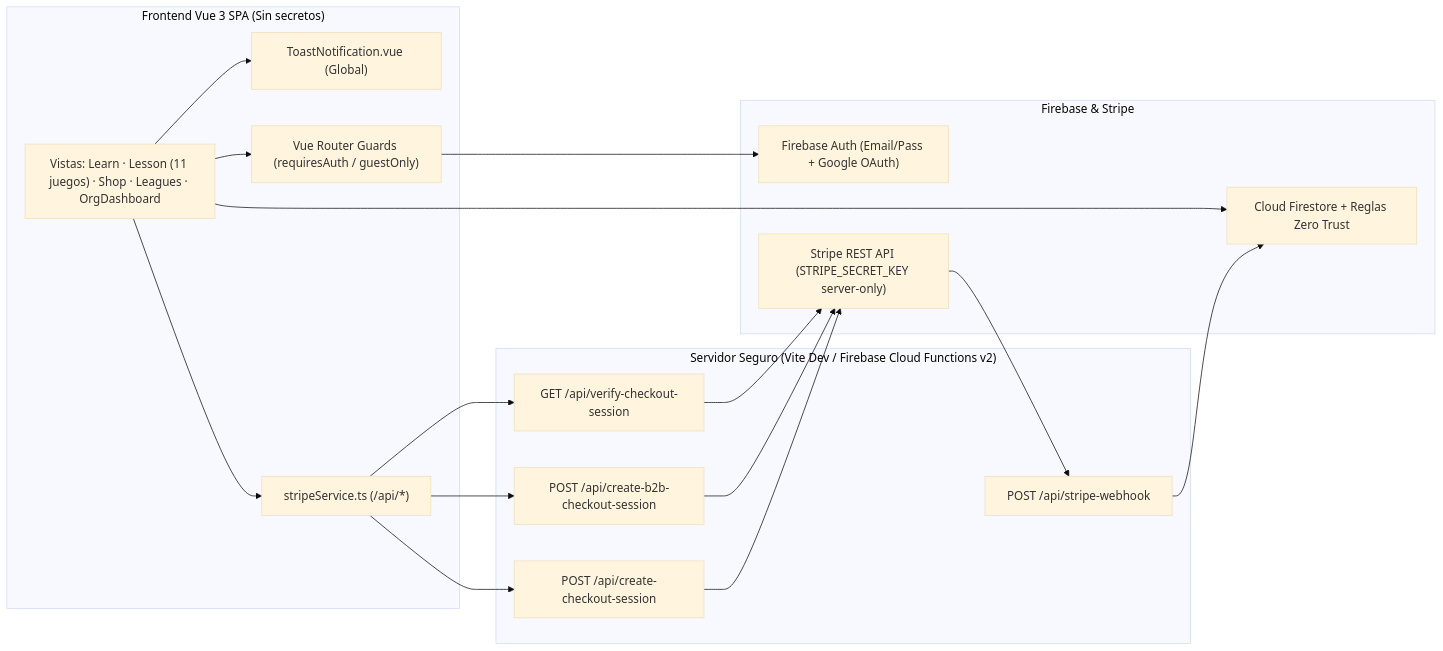
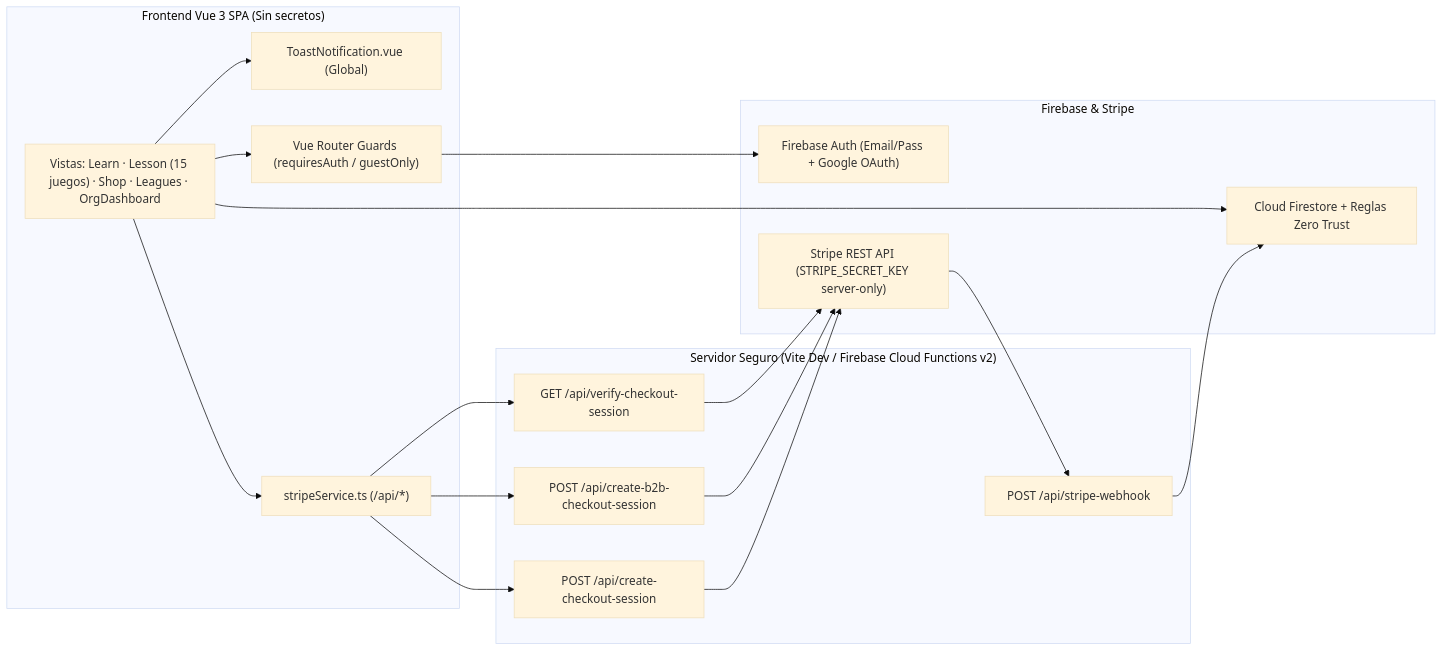
The diagram in README.md (MichaelBrown1310/SuriLearn), drawn with Mermaid (base theme) before and after one commit. The commit also changed other lines of this file and 21 other files, not shown here.

````diff
--- a/README.md
+++ b/README.md
@@ -24,29 +24,29 @@
 ```mermaid
 flowchart LR
     subgraph Cliente ["Frontend Vue 3 SPA (Sin secretos)"]
-        UI["Vistas: Learn · Lesson (11 juegos) · Shop · Leagues · OrgDashboard"]
+        UI["Vistas: Learn · Lesson (15 juegos) · Shop · Leagues · OrgDashboard"]
         Toast["ToastNotification.vue (Global)"]
         Guards["Vue Router Guards (requiresAuth / guestOnly)"]
         StripeClient["stripeService.ts (/api/*)"]
     end
 
     subgraph Backend ["Servidor Seguro (Vite Dev / Firebase Cloud Functions v2)"]
         B2C["POST /api/create-checkout-session"]
         B2B["POST /api/create-b2b-checkout-session"]
         Verify["GET /api/verify-checkout-session"]
         Webhook["POST /api/stripe-webhook"]
     end
 
     subgraph Cloud ["Firebase & Stripe"]
         Auth["Firebase Auth (Email/Pass + Google OAuth)"]
         Firestore["Cloud Firestore + Reglas Zero Trust"]
         Stripe["Stripe REST API (STRIPE_SECRET_KEY server-only)"]
     end
 
     UI --> Guards --> Auth
     UI --> Toast
     UI --> StripeClient
     StripeClient --> B2C & B2B & Verify --> Stripe
     Stripe --> Webhook --> Firestore
     UI --> Firestore
 ```
````
